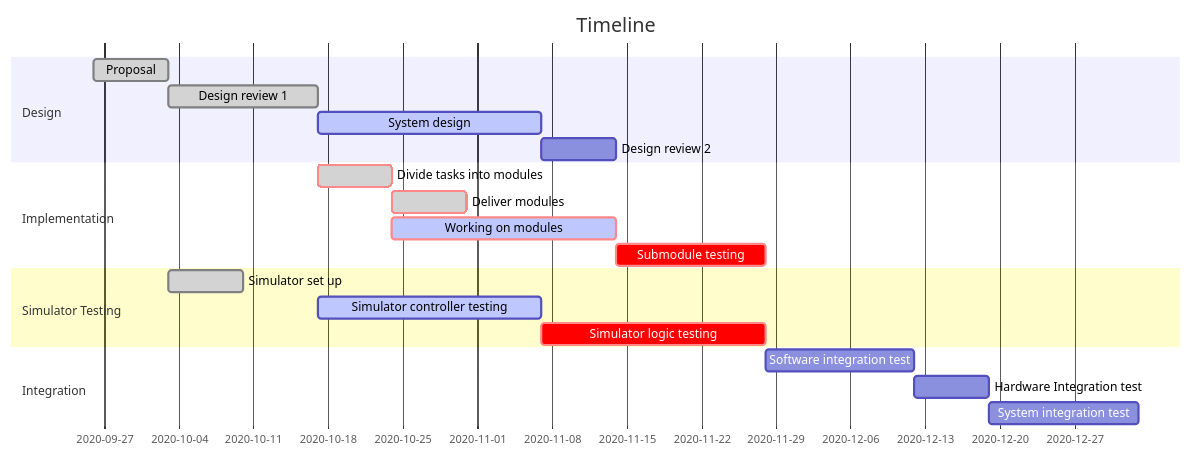
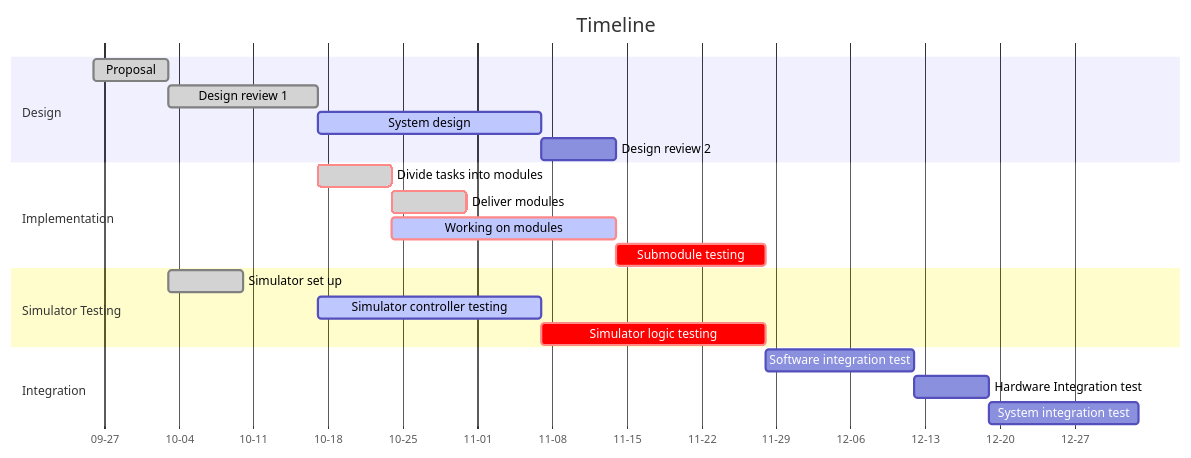
The diagram in README.md (ubcuas/Airdrop-Software-2022), drawn with Mermaid before and after one commit.

Commit message:
gantt chart draft timeline

````diff
--- a/README.md
+++ b/README.md
@@ -37,27 +37,28 @@
 ```mermaid
 gantt
     title Timeline
-    dateFormat  YY-MM-DD
+    dateFormat  YYYY-MM-DD
+	axisFormat  %m-%d
 
     section Design
-    Proposal            :done,    des1, 20-09-26,20-10-03
-    Design review 1            :done,  des2, 20-10-03, 20-10-17
+    Proposal            :done,    des1, 2020-09-26,2020-10-03
+    Design review 1            :done,  des2, 2020-10-03, 2020-10-17
     System design               :active,         des3, after des2, 3w
     Design review 2              :         des4, after des3, 1w
 
     section Implementation
-    Divide tasks into modules :crit, done, imp1, 20-10-17,7d
+    Divide tasks into modules :crit, done, imp1, 2020-10-17,7d
     Deliver modules          :crit, done, after imp1, 7d
     Working on modules             :crit, active, imp2, after imp1, 3w
    	Submodule testing        :crit, after imp2, 2w
 
     section Simulator Testing
     Simulator set up               :done, s1, after des1, 1w
     Simulator controller testing      :active, s2, after des2  , 3w
     Simulator logic testing    :crit, doc1, after s2  , 3w
 
     section Integration
     Software integration test               :after doc1, 2w
     Hardware Integration test				: 1w
 	System integration test					: 2w
 ```
````
